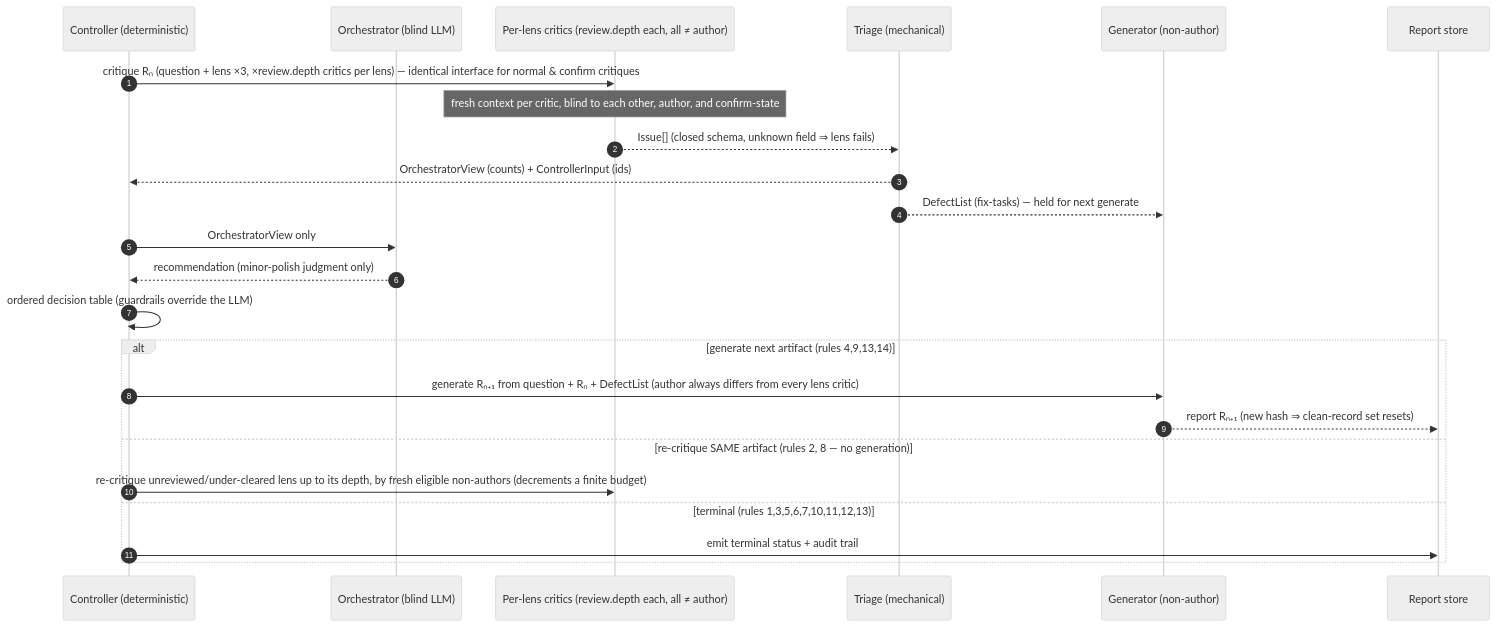
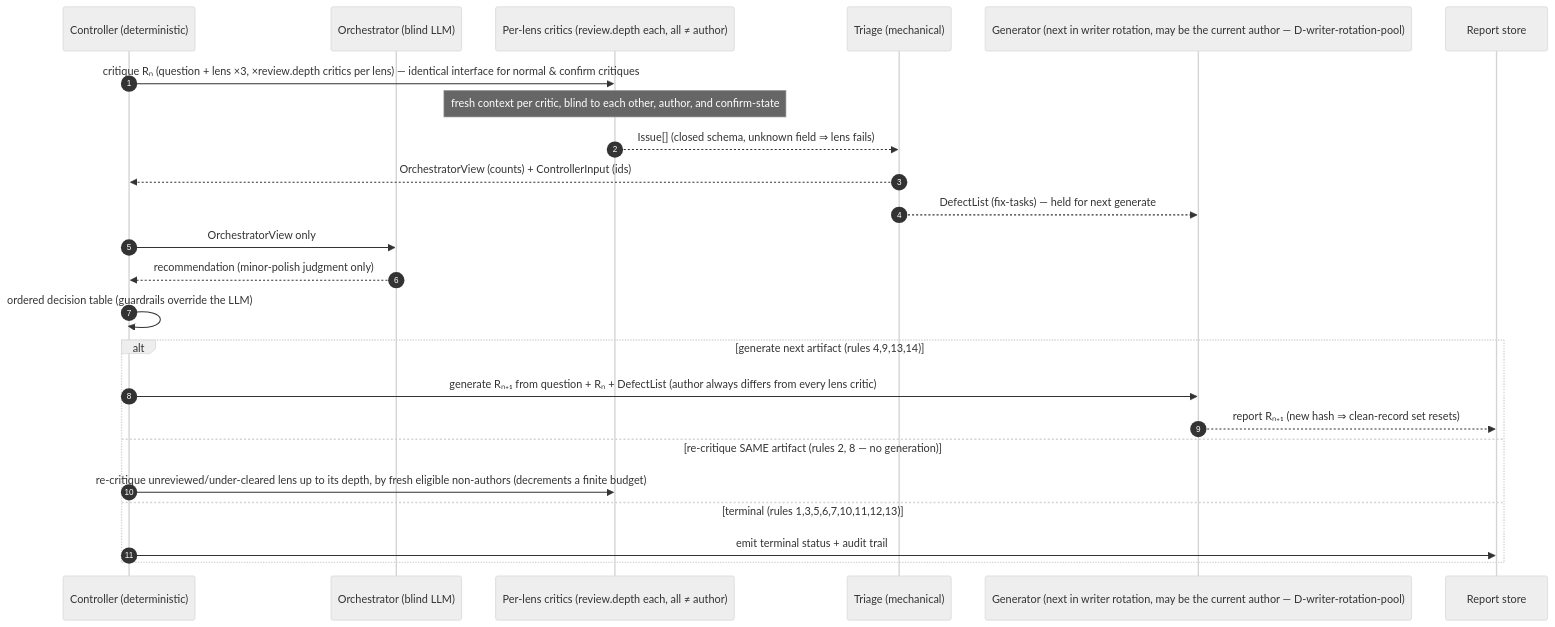
One commit to NickBorgers/reasonable-answer changed the sixth of 6 diagrams in docs/architecture.md. Above: the diagram before and after it, drawn with Mermaid (neutral theme). The commit also changed other lines of this file and 17 other files, not shown here.

First line of the commit message:
feat(roles): writers rotate round-robin; the previous author is not excluded (D-writer-rotation-pool) (#238)

````diff
--- a/docs/architecture.md
+++ b/docs/architecture.md
@@ -554,27 +558,27 @@
 ```mermaid
 sequenceDiagram
     autonumber
     participant C as Controller (deterministic)
     participant O as Orchestrator (blind LLM)
     participant K as Per-lens critics (review.depth each, all ≠ author)
     participant T as Triage (mechanical)
-    participant G as Generator (non-author)
+    participant G as Generator (next in writer rotation, may be the current author — D-writer-rotation-pool)
     participant S as Report store
 
     C->>K: critique Rₙ (question + lens ×3, ×review.depth critics per lens) — identical interface for normal & confirm critiques
     Note over K: fresh context per critic, blind to each other, author, and confirm-state
     K-->>T: Issue[] (closed schema, unknown field ⇒ lens fails)
     T-->>C: OrchestratorView (counts) + ControllerInput (ids)
     T-->>G: DefectList (fix-tasks) — held for next generate
     C->>O: OrchestratorView only
     O-->>C: recommendation (minor-polish judgment only)
     C->>C: ordered decision table (guardrails override the LLM)
     alt generate next artifact (rules 4,9,13,14)
         C->>G: generate Rₙ₊₁ from question + Rₙ + DefectList (author always differs from every lens critic)
         G-->>S: report Rₙ₊₁ (new hash ⇒ clean-record set resets)
     else re-critique SAME artifact (rules 2, 8 — no generation)
         C->>K: re-critique unreviewed/under-cleared lens up to its depth, by fresh eligible non-authors (decrements a finite budget)
     else terminal (rules 1,3,5,6,7,10,11,12,13)
         C->>S: emit terminal status + audit trail
     end
 ```
````
